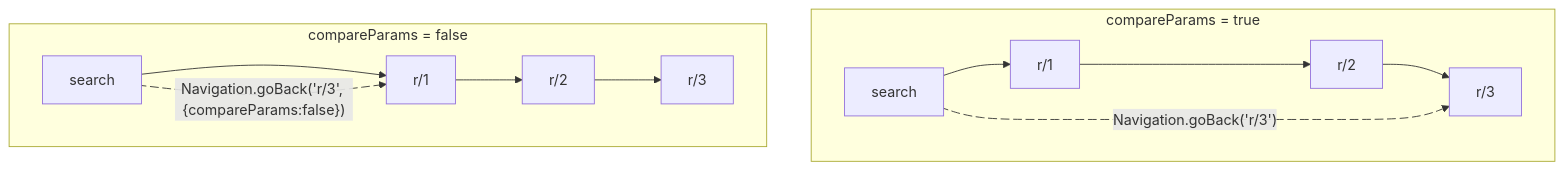
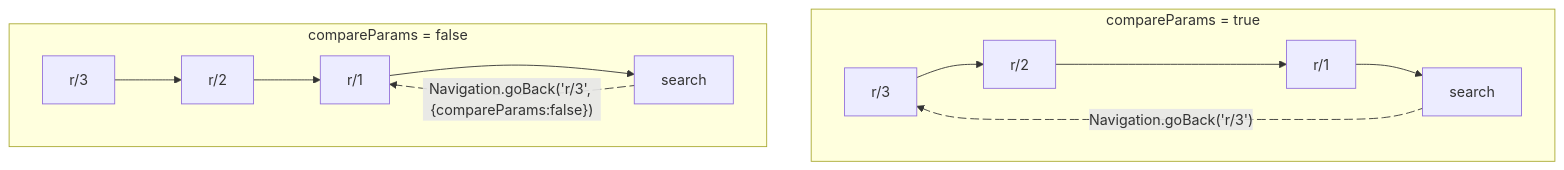
One commit to software-mansion-labs/expensify-app-fork changed the diagram in contributingGuides/NAVIGATION.md. Above: the diagram before and after it, drawn with Mermaid. The commit also changed other lines of this file, not shown here.

Commit message:
Add some adjustments to NAVIGATION.md

````diff
--- a/contributingGuides/NAVIGATION.md
+++ b/contributingGuides/NAVIGATION.md
@@ -118,27 +151,28 @@
 ```mermaid
 flowchart TD
  subgraph subGraph0["compareParams = true"]
-        B2["r/1"]
-        A2["search"]
-        C2["r/2"]
-        D2["r/3"]
+        B2["r/3"]
+        A2["r/2"]
+        C2["search"]
+        D2["r/1"]
   end
  subgraph subGraph1["compareParams = false"]
         F2["r/1"]
         E2["search"]
         G2["r/2"]
         H2["r/3"]
   end
-    A2 --> B2
-    B2 --> C2
-    C2 --> D2
-    A2 L_A2_D2_0@-. "Navigation.goBack('r/3')" .-> D2
-    E2 --> F2
-    F2 --> G2
-    G2 --> H2
+    B2 --> A2
+    C2 L_C2_B2_0@-."Navigation.goBack('r/3')" .-> B2
+    D2 --> C2
+    F2 --> E2
+    G2 --> F2
+    H2 --> G2
     E2 L_E2_F2_2@-. "Navigation.goBack('r/3', {compareParams:false})" .-> F2
+    A2 --> D2
 
 
-    L_A2_D2_0@{ animation: fast } 
+    L_C2_B2_0@{ animation: fast } 
     L_E2_F2_2@{ animation: fast } 
+
 ```
````
